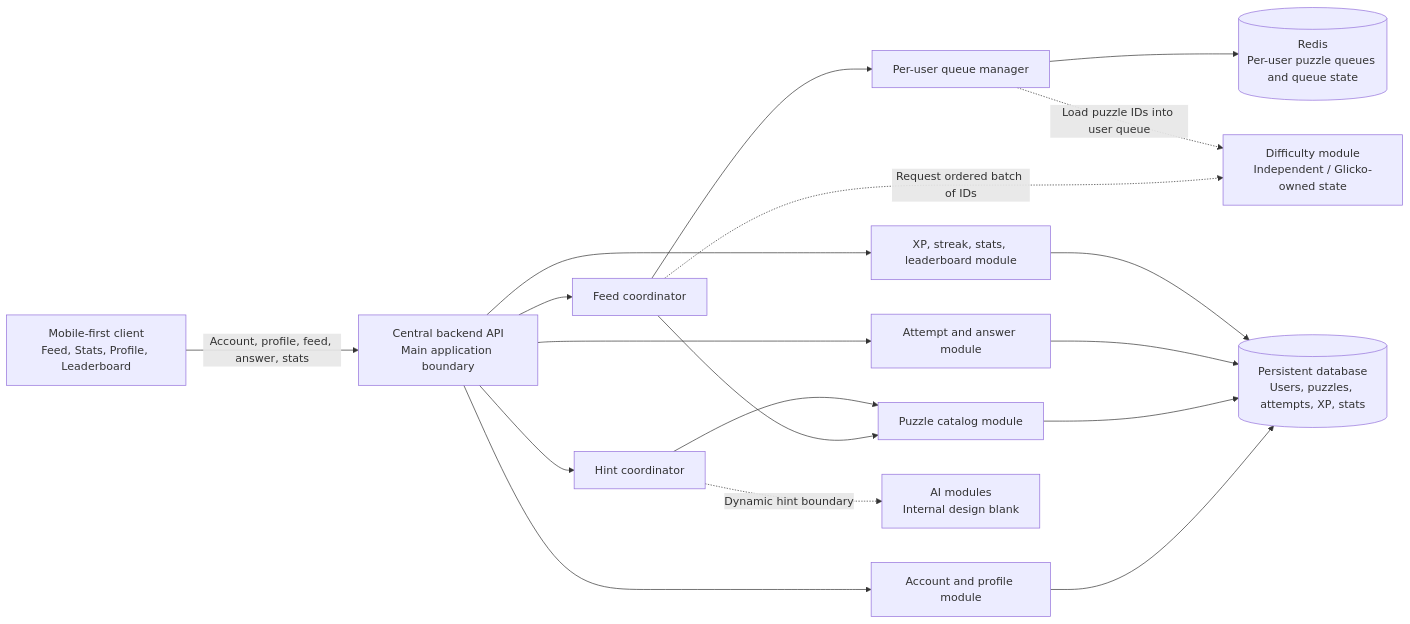
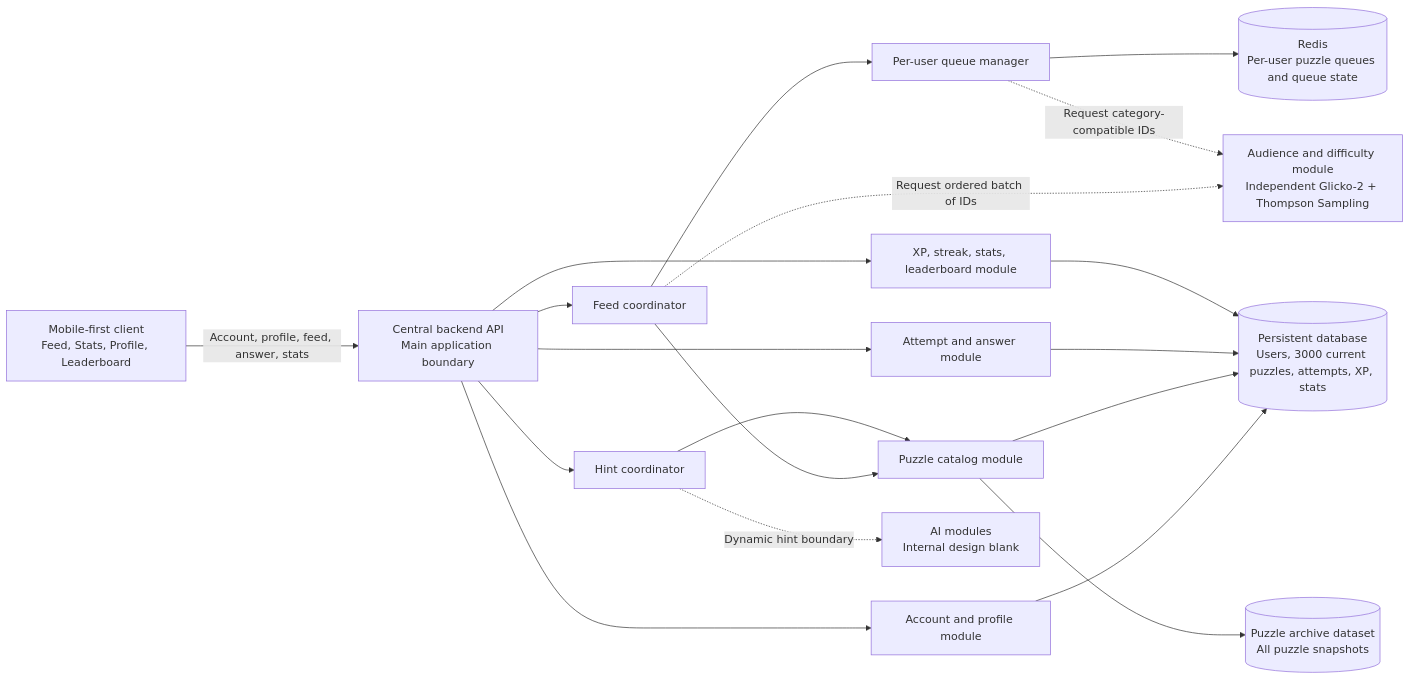
Before and after one commit to yassine0010/pikpok: the first of 9 diagrams in technical-architecture.md, drawn with Mermaid. The commit also changed other lines of this file and 3 other files, not shown here.

Commit message:
docs: add technical recap and update documentation for age, difficulty, and puzzle generation engines

````diff
--- a/technical-architecture.md
+++ b/technical-architecture.md
@@ -102,40 +101,42 @@
 ```mermaid
 flowchart LR
     Client["Mobile-first client<br/>Feed, Stats, Profile, Leaderboard"]
     API["Central backend API<br/>Main application boundary"]
 
     Auth["Account and profile module"]
     Feed["Feed coordinator"]
     Queue["Per-user queue manager"]
     Catalog["Puzzle catalog module"]
     Attempts["Attempt and answer module"]
     Hints["Hint coordinator"]
     Game["XP, streak, stats, leaderboard module"]
 
-    Store[("Persistent database<br/>Users, puzzles, attempts, XP, stats")]
+    Store[("Persistent database<br/>Users, 3000 current puzzles, attempts, XP, stats")]
+    Archive[("Puzzle archive dataset<br/>All puzzle snapshots")]
     Redis[("Redis<br/>Per-user puzzle queues and queue state")]
 
-    Difficulty["Difficulty module<br/>Independent / Glicko-owned state"]
+    Difficulty["Audience and difficulty module<br/>Independent Glicko-2 + Thompson Sampling"]
     AI["AI modules<br/>Internal design blank"]
 
     Client -->|Account, profile, feed, answer, stats| API
 
     API --> Auth
     API --> Feed
     API --> Attempts
     API --> Hints
     API --> Game
 
     Auth --> Store
     Feed --> Queue
     Feed --> Catalog
     Feed -.->|Request ordered batch of IDs| Difficulty
     Queue --> Redis
     Catalog --> Store
+    Catalog --> Archive
     Attempts --> Store
     Hints --> Catalog
     Hints -.->|Dynamic hint boundary| AI
     Game --> Store
 
-    Queue -.->|Load puzzle IDs into user queue| Difficulty
+    Queue -.->|Request category-compatible IDs| Difficulty
 ```
````
